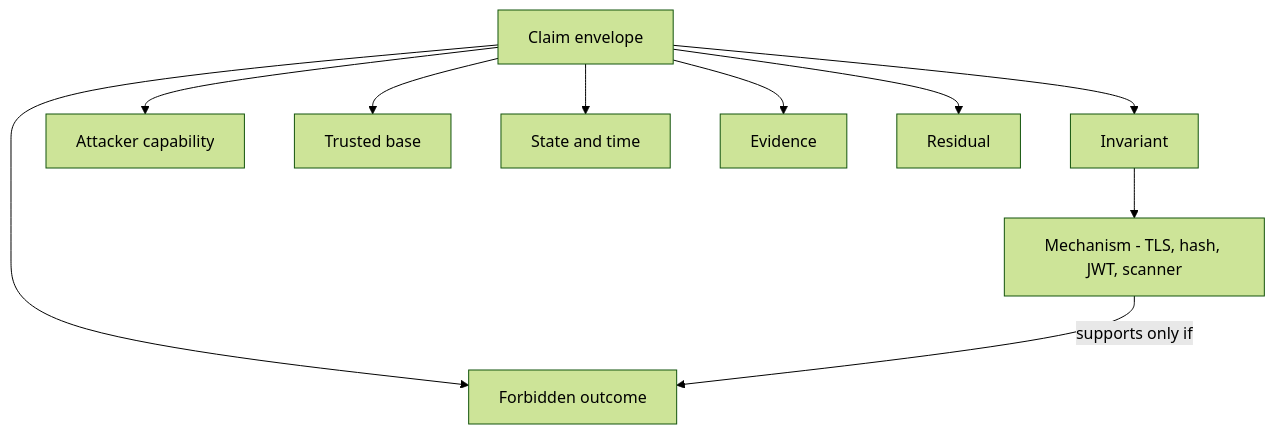
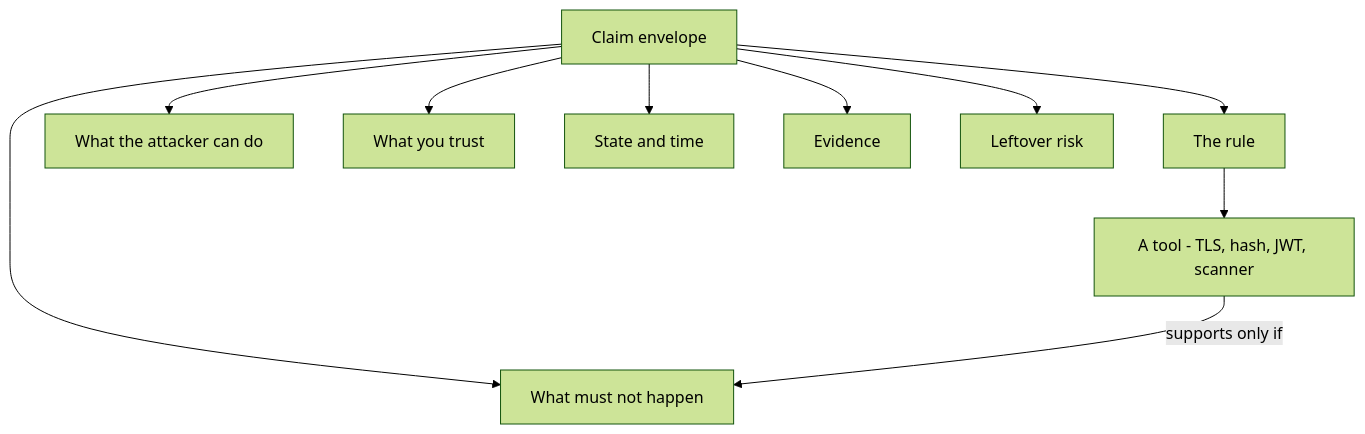
The diagram in content/modules/1/1.1/lessons/01-property-vs-mechanism.md (ishitvagoel/LearnSecurity), drawn with Mermaid (forest theme) before and after one commit. The commit also changed other lines of this file and 14 other files, not shown here.

````diff
--- a/content/modules/1/1.1/lessons/01-property-vs-mechanism.md
+++ b/content/modules/1/1.1/lessons/01-property-vs-mechanism.md
@@ -42,12 +42,12 @@
 ```mermaid
 flowchart TD
-  Env[Claim envelope] --> I[Invariant]
-  I --> M["Mechanism - TLS, hash, JWT, scanner"]
-  Env --> A[Attacker capability]
-  Env --> T[Trusted base]
+  Env[Claim envelope] --> I[The rule]
+  I --> M["A tool - TLS, hash, JWT, scanner"]
+  Env --> A[What the attacker can do]
+  Env --> T[What you trust]
   Env --> Time[State and time]
-  Env --> F[Forbidden outcome]
+  Env --> F[What must not happen]
   Env --> E[Evidence]
-  Env --> R[Residual]
+  Env --> R[Leftover risk]
   M -->|supports only if| F
 ```
````
